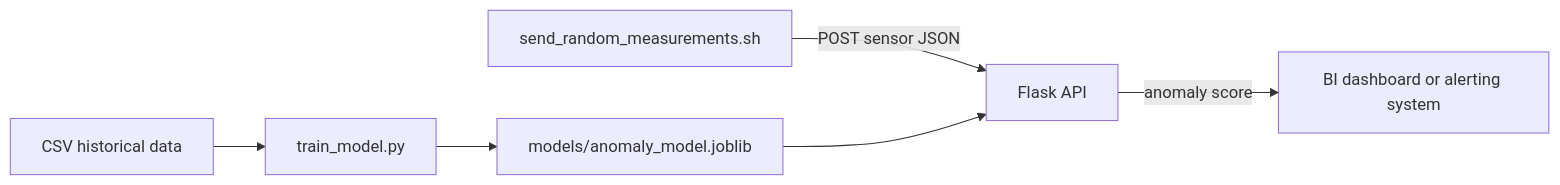
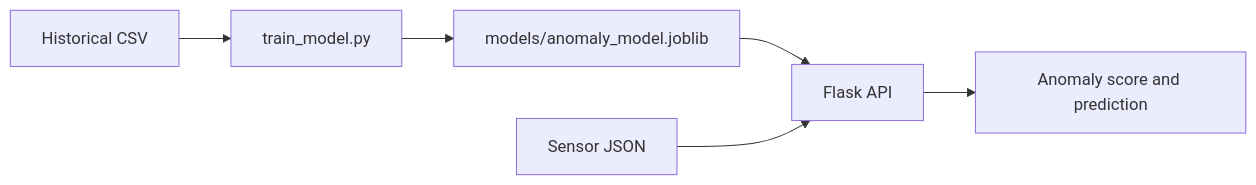
One commit to GiovanniCaggianella/IoT-factory-stream-processing changed the diagram in README.md. Above: the diagram before and after it, drawn with Mermaid. The commit also changed other lines of this file, not shown here.

````diff
--- a/README.md
+++ b/README.md
@@ -7,8 +19,8 @@
 ```mermaid
 flowchart LR
-    A[CSV historical data] --> B[train_model.py]
-  B --> C[models/anomaly_model.joblib]
-  D[send_random_measurements.sh] -->|POST sensor JSON| E[Flask API]
-  C --> E
-  E -->|anomaly score| F[BI dashboard or alerting system]
+    A[Historical CSV] --> B[train_model.py]
+    B --> C[models/anomaly_model.joblib]
+    C --> D[Flask API]
+    E[Sensor JSON] --> D
+    D --> F[Anomaly score and prediction]
 ```
````
